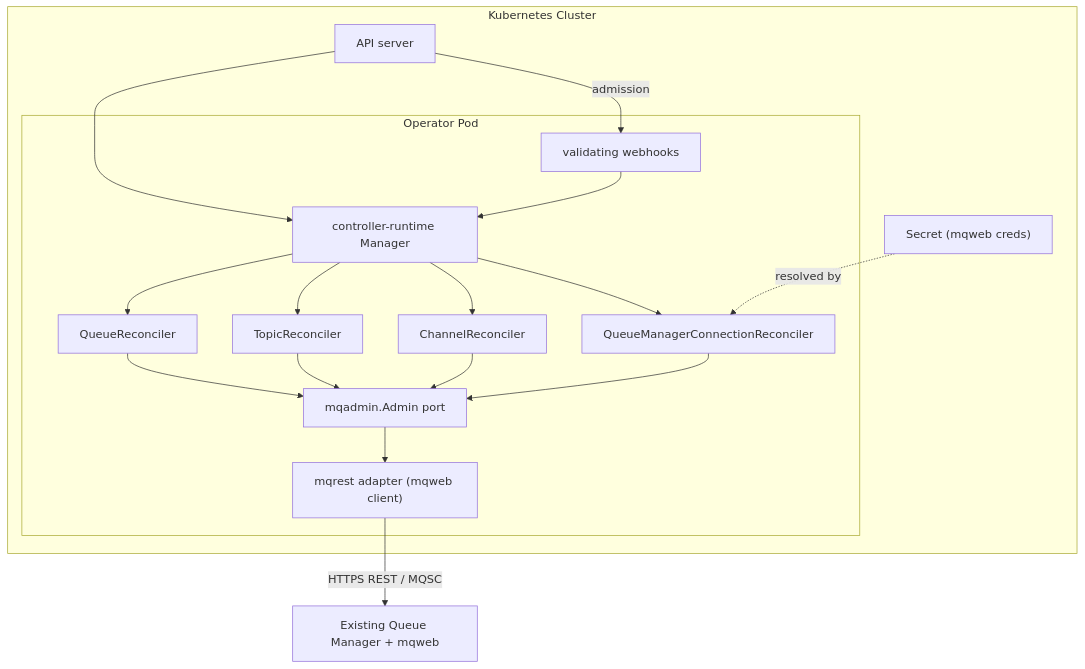
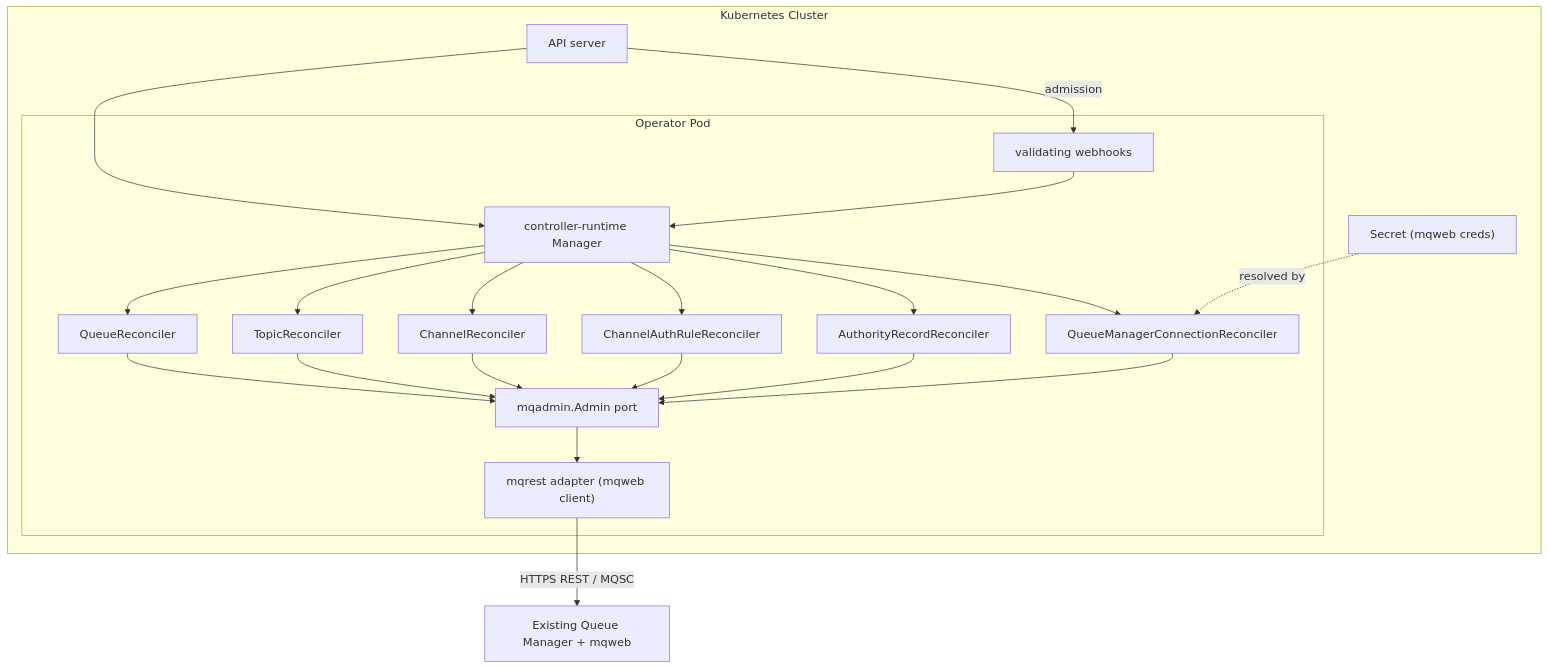
One commit to conduit-ops/MKurator changed the first of 3 diagrams in docs/ARCHITECTURE.md. Above: the diagram before and after it, drawn with Mermaid. The commit also changed other lines of this file and 7 other files, not shown here.

````diff
--- a/docs/ARCHITECTURE.md
+++ b/docs/ARCHITECTURE.md
@@ -24,33 +31,39 @@
 ```mermaid
 flowchart TB
   subgraph cluster [Kubernetes Cluster]
     apiserver["API server"]
     secret["Secret (mqweb creds)"]
     subgraph operator [Operator Pod]
       mgr["controller-runtime Manager"]
       wh["validating webhooks"]
       crec["QueueManagerConnectionReconciler"]
       qrec["QueueReconciler"]
       trec["TopicReconciler"]
       chrec["ChannelReconciler"]
+      charec["ChannelAuthRuleReconciler"]
+      authrec["AuthorityRecordReconciler"]
       port["mqadmin.Admin port"]
       rest["mqrest adapter (mqweb client)"]
     end
   end
   qm["Existing Queue Manager + mqweb"]
 
   apiserver -->|"admission"| wh
   apiserver --> mgr
   wh --> mgr
   mgr --> crec
   mgr --> qrec
   mgr --> trec
   mgr --> chrec
+  mgr --> charec
+  mgr --> authrec
   secret -.->|"resolved by"| crec
   qrec --> port
   trec --> port
   chrec --> port
+  charec --> port
+  authrec --> port
   crec --> port
   port --> rest
   rest -->|"HTTPS REST / MQSC"| qm
 ```
````
